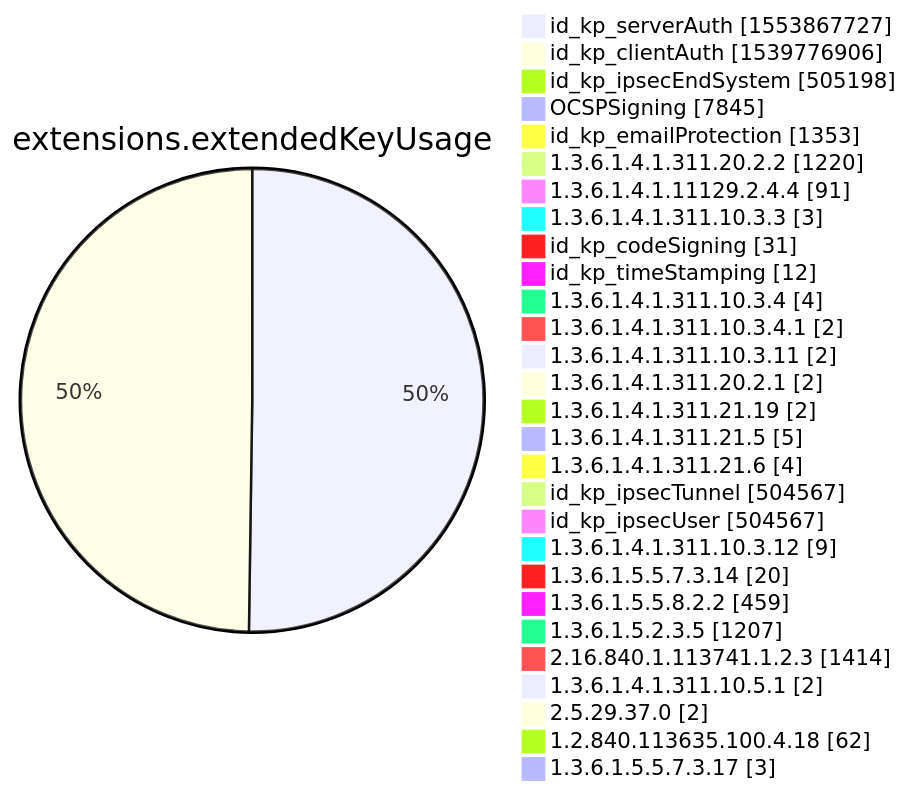
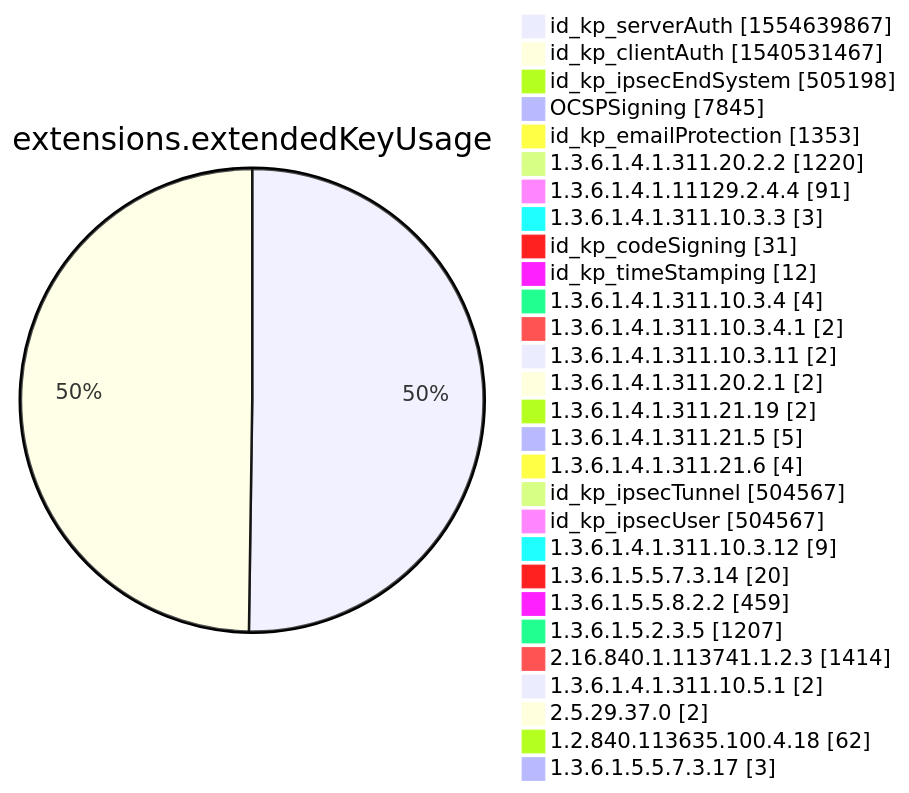
Before and after one commit to christiankrug/ctmonitor_visualization: diagram 12 of 15 in xenon2022/README.md, drawn with Mermaid. The commit also changed other lines of this file, not shown here.

````diff
--- a/xenon2022/README.md
+++ b/xenon2022/README.md
@@ -3882,32 +3882,32 @@
 ```mermaid
 pie showData
 title extensions.extendedKeyUsage
-"id_kp_serverAuth" :1553867727
-"id_kp_clientAuth" :1539776906
+"id_kp_serverAuth" :1554639867
+"id_kp_clientAuth" :1540531467
 "id_kp_ipsecEndSystem" :505198
 "OCSPSigning" :7845
 "id_kp_emailProtection" :1353
 "1.3.6.1.4.1.311.20.2.2" :1220
 "1.3.6.1.4.1.11129.2.4.4" :91
 "1.3.6.1.4.1.311.10.3.3" :3
 "id_kp_codeSigning" :31
 "id_kp_timeStamping" :12
 "1.3.6.1.4.1.311.10.3.4" :4
 "1.3.6.1.4.1.311.10.3.4.1" :2
 "1.3.6.1.4.1.311.10.3.11" :2
 "1.3.6.1.4.1.311.20.2.1" :2
 "1.3.6.1.4.1.311.21.19" :2
 "1.3.6.1.4.1.311.21.5" :5
 "1.3.6.1.4.1.311.21.6" :4
 "id_kp_ipsecTunnel" :504567
 "id_kp_ipsecUser" :504567
 "1.3.6.1.4.1.311.10.3.12" :9
 "1.3.6.1.5.5.7.3.14" :20
 "1.3.6.1.5.5.8.2.2" :459
 "1.3.6.1.5.2.3.5" :1207
 "2.16.840.1.113741.1.2.3" :1414
 "1.3.6.1.4.1.311.10.5.1" :2
 "2.5.29.37.0" :2
 "1.2.840.113635.100.4.18" :62
 "1.3.6.1.5.5.7.3.17" :3
 ```
````
